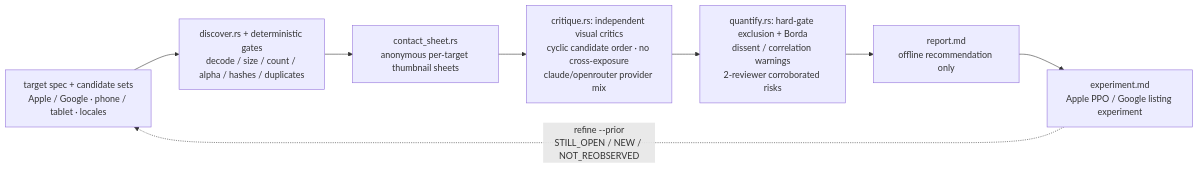
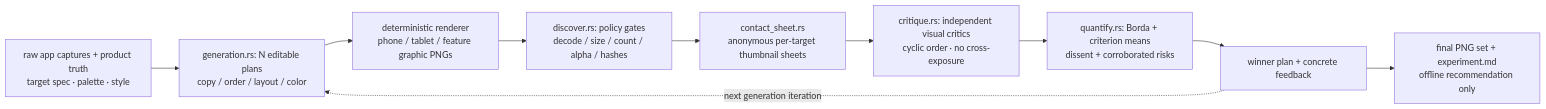
Diagram 12 of 13 in profile/README.md (Loop-Suite/.github), drawn with Mermaid before and after one commit. The commit also changed other lines of this file, not shown here.

Commit message:
docs: describe screenshot generation loop

````diff
--- a/profile/README.md
+++ b/profile/README.md
@@ -232,10 +232,12 @@
 ```mermaid
 flowchart LR
-    A["target spec + candidate sets<br/>Apple / Google · phone / tablet · locales"] --> B["discover.rs + deterministic gates<br/>decode / size / count / alpha / hashes / duplicates"]
-    B --> C["contact_sheet.rs<br/>anonymous per-target thumbnail sheets"]
-    C --> D["critique.rs: independent visual critics<br/>cyclic candidate order · no cross-exposure<br/>claude/openrouter provider mix"]
-    D --> E["quantify.rs: hard-gate exclusion + Borda<br/>dissent / correlation warnings<br/>2-reviewer corroborated risks"]
-    E --> F["report.md<br/>offline recommendation only"]
-    F --> G["experiment.md<br/>Apple PPO / Google listing experiment"]
-    G -.->|"refine --prior<br/>STILL_OPEN / NEW / NOT_REOBSERVED"| A
+    A["raw app captures + product truth<br/>target spec · palette · style"] --> B["generation.rs: N editable plans<br/>copy / order / layout / color"]
+    B --> C["deterministic renderer<br/>phone / tablet / feature graphic PNGs"]
+    C --> D["discover.rs: policy gates<br/>decode / size / count / alpha / hashes"]
+    D --> E["contact_sheet.rs<br/>anonymous per-target thumbnail sheets"]
+    E --> F["critique.rs: independent visual critics<br/>cyclic order · no cross-exposure"]
+    F --> G["quantify.rs: Borda + criterion means<br/>dissent + corroborated risks"]
+    G --> H["winner plan + concrete feedback"]
+    H -.->|"next generation iteration"| B
+    H --> I["final PNG set + experiment.md<br/>offline recommendation only"]
 ```
````
